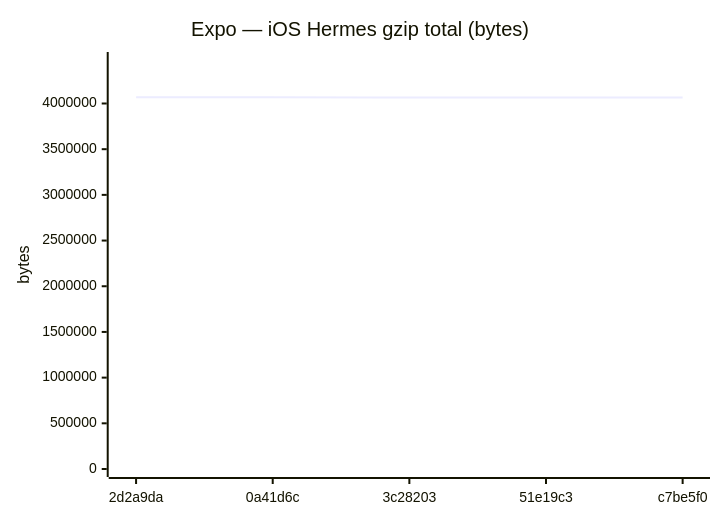
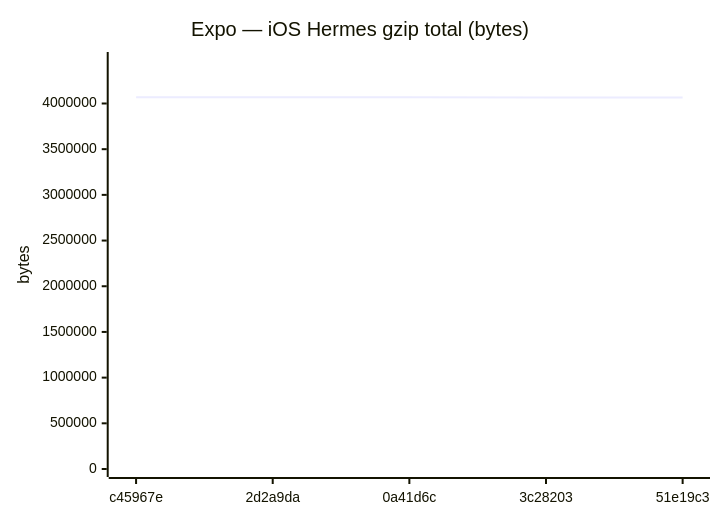
One commit to Metaheurist/Rianell changed diagram 12 of 18 in benchmarks/compare.md. Above: the diagram before and after it, drawn with Mermaid. The commit also changed other lines of this file and 11 other files, not shown here.

````diff
--- a/benchmarks/compare.md
+++ b/benchmarks/compare.md
@@ -179,7 +179,7 @@
 ```mermaid
 xychart-beta
     title "Expo — iOS Hermes gzip total (bytes)"
-    x-axis ["2d2a9da", "0a41d6c", "3c28203", "51e19c3", "c7be5f0"]
-    y-axis "bytes" 0 --> 4476018
-    line [4069106, 4069107, 4065403, 4065816, 4065817]
+    x-axis ["c45967e", "2d2a9da", "0a41d6c", "3c28203", "51e19c3"]
+    y-axis "bytes" 0 --> 4476025
+    line [4069113, 4069106, 4069107, 4065403, 4065816]
 ```
````
